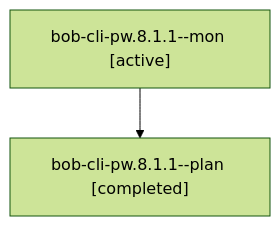
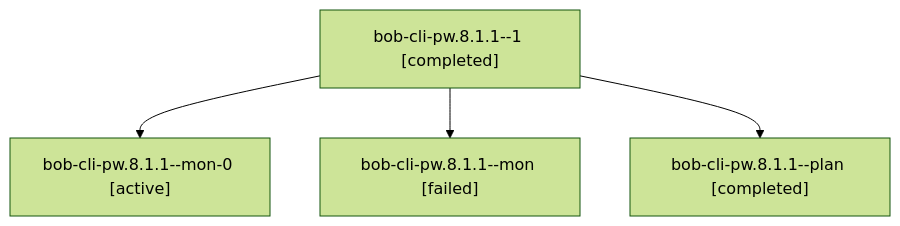
One commit to bobs-org/bob-cli--agents changed the diagram in sessions/bbugyi200.apollo.bob-cli-pw.8.1.1.md. Above: the diagram before and after it, drawn with Mermaid (forest theme). The commit also changed other lines of this file and 82 other files, not shown here.

````diff
--- a/sessions/bbugyi200.apollo.bob-cli-pw.8.1.1.md
+++ b/sessions/bbugyi200.apollo.bob-cli-pw.8.1.1.md
@@ -9,6 +9,10 @@
 ```mermaid
 flowchart TD
-  n0["bob-cli-pw.8.1.1--mon [active]"]
-  n1["bob-cli-pw.8.1.1--plan [completed]"]
+  n0["bob-cli-pw.8.1.1--1 [completed]"]
+  n1["bob-cli-pw.8.1.1--mon-0 [active]"]
   n0 --> n1
+  n2["bob-cli-pw.8.1.1--mon [failed]"]
+  n0 --> n2
+  n3["bob-cli-pw.8.1.1--plan [completed]"]
+  n0 --> n3
 ```
````
